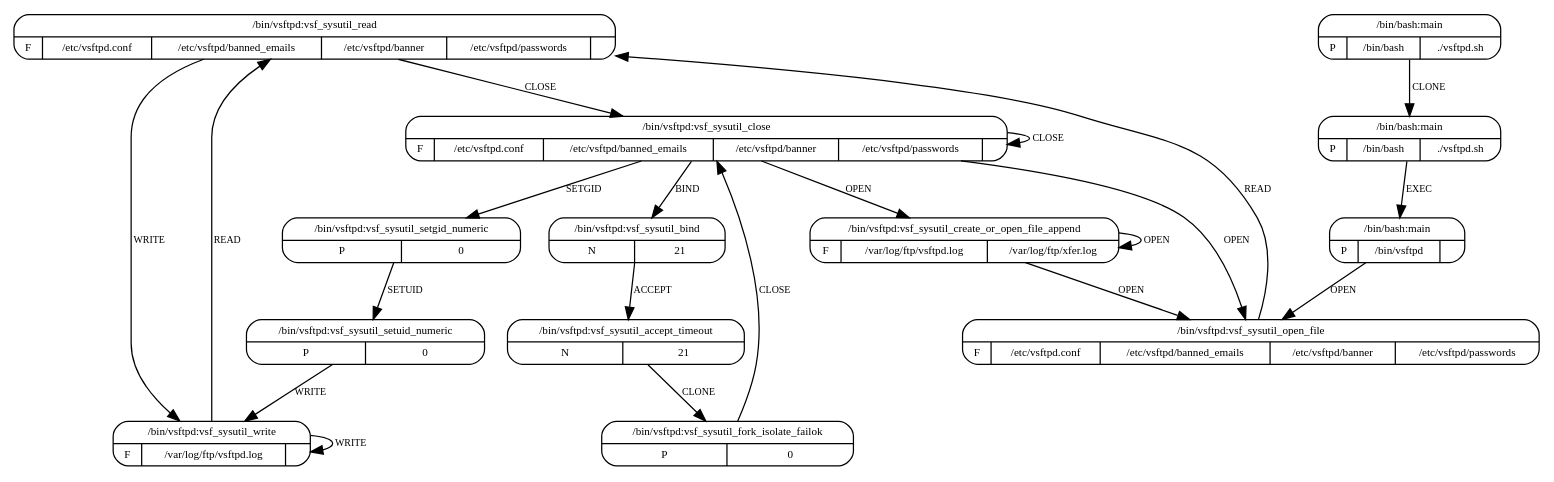
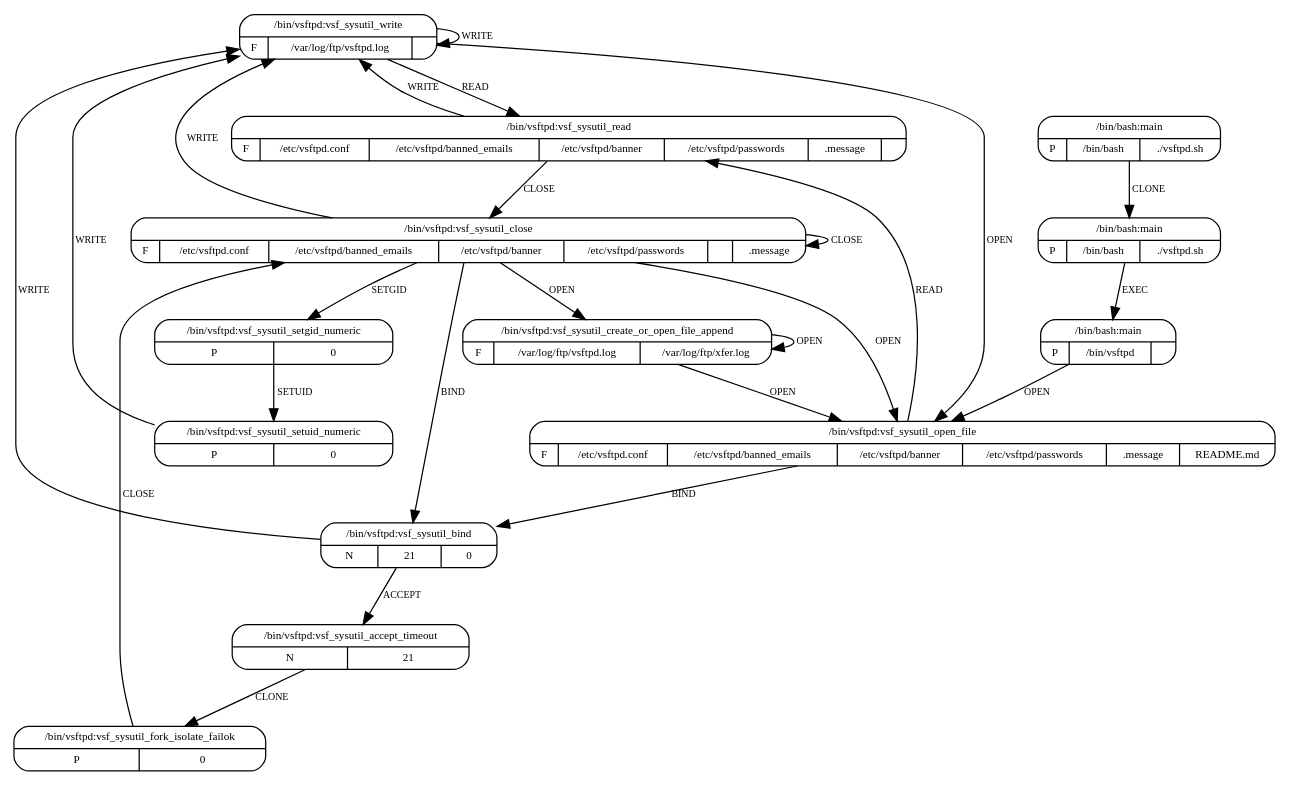
Before and after one commit to sysflow-telemetry/upolicycraft: the diagram in plugins/mrm/resources/models/vsftpd.dot, drawn with Graphviz. The commit also changed 5 other files, not shown here.

```diff
--- a/plugins/mrm/resources/models/vsftpd.dot
+++ b/plugins/mrm/resources/models/vsftpd.dot
@@ -1,56 +1,60 @@
 digraph G {
   3 [shape=Mrecord,
-     label="{{/bin/vsftpd:vsf_sysutil_read}|{F|{/etc/vsftpd.conf}|{/etc/vsftpd/banned_emails}|{/etc/vsftpd/banner}|{/etc/vsftpd/passwords}|{}}}",
-     fontsize=9, ];
-  11 [shape=Mrecord,
-      label="{{/bin/vsftpd:vsf_sysutil_create_or_open_file_append}|{F|{/var/log/ftp/vsftpd.log}|{/var/log/ftp/xfer.log}}}",
-      fontsize=9, ];
-  4 [shape=Mrecord,
-     label="{{/bin/vsftpd:vsf_sysutil_close}|{F|{/etc/vsftpd.conf}|{/etc/vsftpd/banned_emails}|{/etc/vsftpd/banner}|{/etc/vsftpd/passwords}|{}}}",
-     fontsize=9, ];
-  8 [shape=Mrecord, label="{{/bin/vsftpd:vsf_sysutil_bind}|{N|{21}}}",
-     fontsize=9, ];
-  9 [shape=Mrecord, label="{{/bin/vsftpd:vsf_sysutil_accept_timeout}|{N|{21}}}",
-     fontsize=9, ];
-  6 [shape=Mrecord, label="{{/bin/vsftpd:vsf_sysutil_setuid_numeric}|{P|0}}",
-     fontsize=9, ];
-  5 [shape=Mrecord, label="{{/bin/vsftpd:vsf_sysutil_setgid_numeric}|{P|0}}",
-     fontsize=9, ];
-  7 [shape=Mrecord,
      label="{{/bin/vsftpd:vsf_sysutil_write}|{F|{/var/log/ftp/vsftpd.log}|{}}}",
      fontsize=9, ];
-  10 [shape=Mrecord,
+  5 [shape=Mrecord,
+     label="{{/bin/vsftpd:vsf_sysutil_close}|{F|{/etc/vsftpd.conf}|{/etc/vsftpd/banned_emails}|{/etc/vsftpd/banner}|{/etc/vsftpd/passwords}|{}|{.message}}}",
+     fontsize=9, ];
+  4 [shape=Mrecord,
+     label="{{/bin/vsftpd:vsf_sysutil_read}|{F|{/etc/vsftpd.conf}|{/etc/vsftpd/banned_emails}|{/etc/vsftpd/banner}|{/etc/vsftpd/passwords}|{.message}|{}}}",
+     fontsize=9, ];
+  9 [shape=Mrecord,
+     label="{{/bin/vsftpd:vsf_sysutil_open_file}|{F|{/etc/vsftpd.conf}|{/etc/vsftpd/banned_emails}|{/etc/vsftpd/banner}|{/etc/vsftpd/passwords}|{.message}|{README.md}}}",
+     fontsize=9, ];
+  10 [shape=Mrecord, label="{{/bin/vsftpd:vsf_sysutil_bind}|{N|{21}|{0}}}",
+      fontsize=9, ];
+  11 [shape=Mrecord, label="{{/bin/vsftpd:vsf_sysutil_accept_timeout}|{N|{21}}}",
+      fontsize=9, ];
+  8 [shape=Mrecord, label="{{/bin/vsftpd:vsf_sysutil_setuid_numeric}|{P|0}}",
+     fontsize=9, ];
+  7 [shape=Mrecord, label="{{/bin/vsftpd:vsf_sysutil_setgid_numeric}|{P|0}}",
+     fontsize=9, ];
+  6 [shape=Mrecord,
+     label="{{/bin/vsftpd:vsf_sysutil_create_or_open_file_append}|{F|{/var/log/ftp/vsftpd.log}|{/var/log/ftp/xfer.log}}}",
+     fontsize=9, ];
+  12 [shape=Mrecord,
       label="{{/bin/vsftpd:vsf_sysutil_fork_isolate_failok}|{P|0}}",
-      fontsize=9, ];
-  12 [shape=Mrecord,
-      label="{{/bin/vsftpd:vsf_sysutil_open_file}|{F|{/etc/vsftpd.conf}|{/etc/vsftpd/banned_emails}|{/etc/vsftpd/banner}|{/etc/vsftpd/passwords}}}",
       fontsize=9, ];
   0 [shape=Mrecord, label="{{/bin/bash:main}|{P|/bin/bash|./vsftpd.sh}}",
      fontsize=9, ];
   1 [shape=Mrecord, label="{{/bin/bash:main}|{P|/bin/bash|./vsftpd.sh}}",
      fontsize=9, ];
   2 [shape=Mrecord, label="{{/bin/bash:main}|{P|/bin/vsftpd|}}", fontsize=9, ];
   
   
-  3 -> 4 [label="CLOSE", fontsize=8, ];
-  3 -> 7 [label="WRITE", fontsize=8, ];
-  11 -> 11 [label="OPEN", fontsize=8, ];
-  11 -> 12 [label="OPEN", fontsize=8, ];
-  4 -> 11 [label="OPEN", fontsize=8, ];
-  4 -> 4 [label="CLOSE", fontsize=8, ];
-  4 -> 8 [label="BIND", fontsize=8, ];
-  4 -> 5 [label="SETGID", fontsize=8, ];
-  4 -> 12 [label="OPEN", fontsize=8, ];
-  8 -> 9 [label="ACCEPT", fontsize=8, ];
-  9 -> 10 [label="CLONE", fontsize=8, ];
-  6 -> 7 [label="WRITE", fontsize=8, ];
-  5 -> 6 [label="SETUID", fontsize=8, ];
-  7 -> 3 [label="READ", fontsize=8, ];
-  7 -> 7 [label="WRITE", fontsize=8, ];
-  10 -> 4 [label="CLOSE", fontsize=8, ];
-  12 -> 3 [label="READ", fontsize=8, ];
+  3 -> 3 [label="WRITE", fontsize=8, ];
+  3 -> 4 [label="READ", fontsize=8, ];
+  3 -> 9 [label="OPEN", fontsize=8, ];
+  5 -> 3 [label="WRITE", fontsize=8, ];
+  5 -> 5 [label="CLOSE", fontsize=8, ];
+  5 -> 9 [label="OPEN", fontsize=8, ];
+  5 -> 10 [label="BIND", fontsize=8, ];
+  5 -> 7 [label="SETGID", fontsize=8, ];
+  5 -> 6 [label="OPEN", fontsize=8, ];
+  4 -> 3 [label="WRITE", fontsize=8, ];
+  4 -> 5 [label="CLOSE", fontsize=8, ];
+  9 -> 4 [label="READ", fontsize=8, ];
+  9 -> 10 [label="BIND", fontsize=8, ];
+  10 -> 3 [label="WRITE", fontsize=8, ];
+  10 -> 11 [label="ACCEPT", fontsize=8, ];
+  11 -> 12 [label="CLONE", fontsize=8, ];
+  8 -> 3 [label="WRITE", fontsize=8, ];
+  7 -> 8 [label="SETUID", fontsize=8, ];
+  6 -> 9 [label="OPEN", fontsize=8, ];
+  6 -> 6 [label="OPEN", fontsize=8, ];
+  12 -> 5 [label="CLOSE", fontsize=8, ];
   0 -> 1 [label="CLONE", fontsize=8, ];
   1 -> 2 [label="EXEC", fontsize=8, ];
-  2 -> 12 [label="OPEN", fontsize=8, ];
+  2 -> 9 [label="OPEN", fontsize=8, ];
   
   }
```
